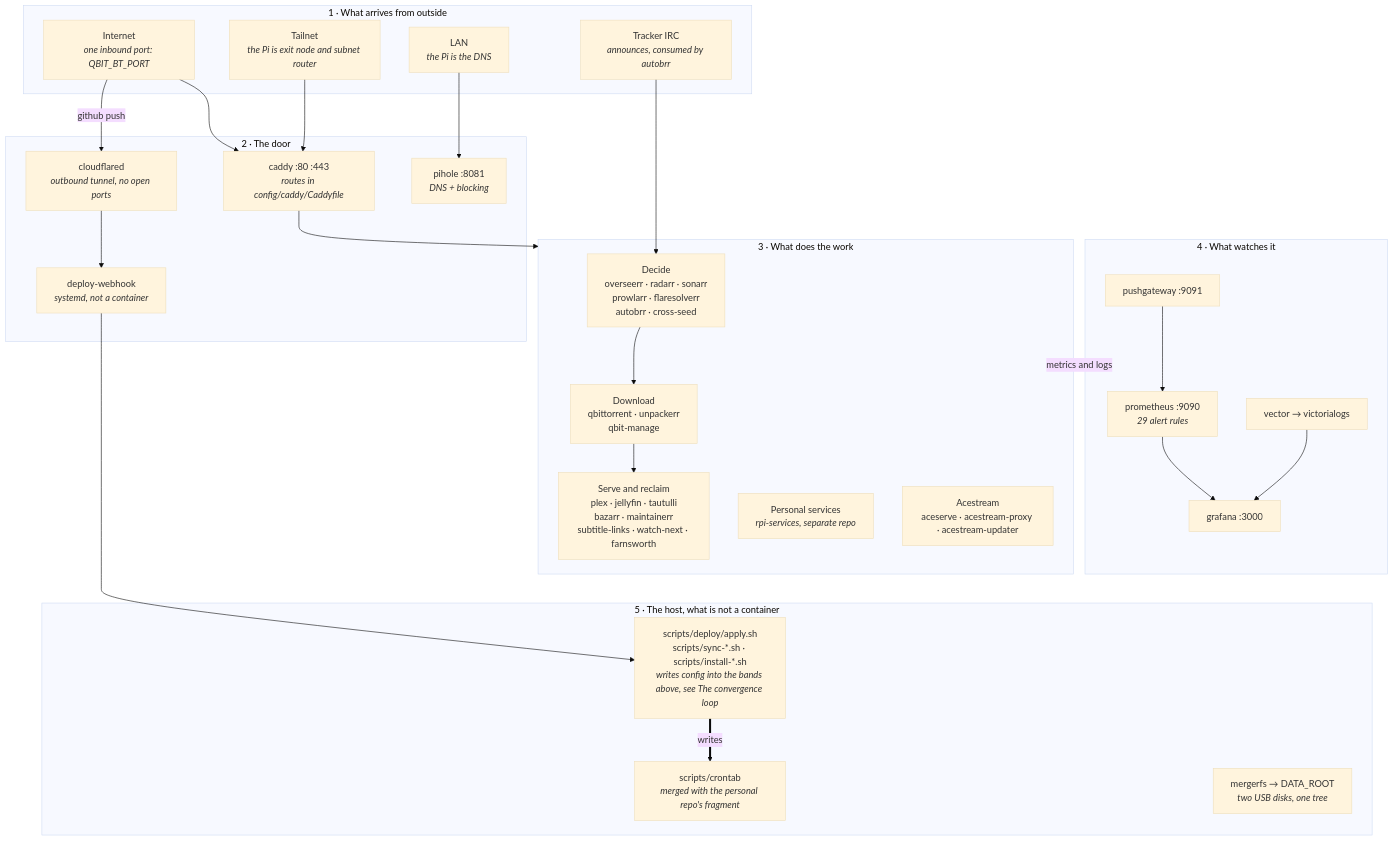
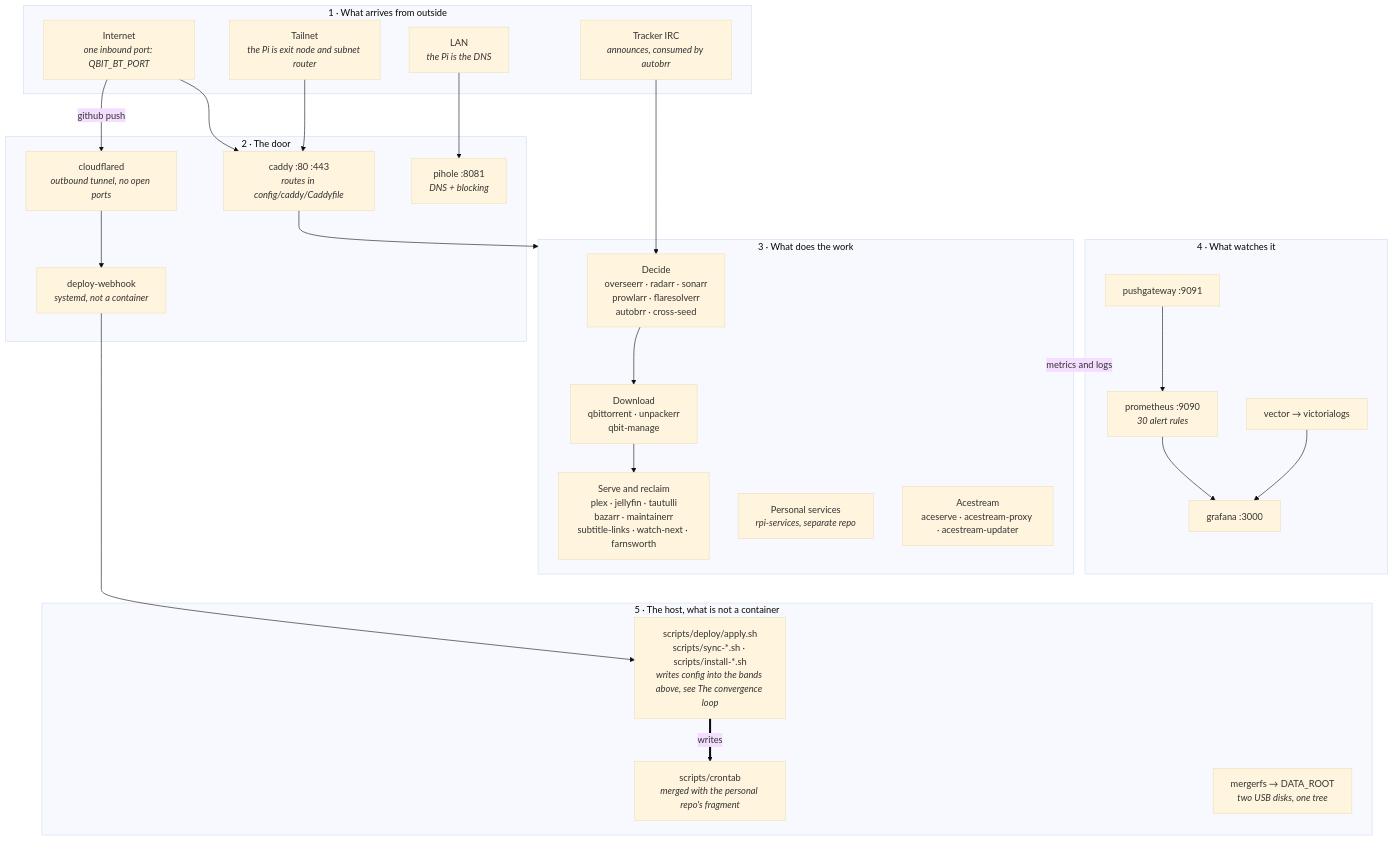
The first of 9 diagrams in docs/architecture.md (PlatanosVerdes/rpi-homeserver), drawn with Mermaid (base theme) before and after one commit. The commit also changed other lines of this file and 15 other files, not shown here.

````diff
--- a/docs/architecture.md
+++ b/docs/architecture.md
@@ -14,54 +14,54 @@
 ```mermaid
 flowchart TB
   subgraph OUT["1 · What arrives from outside"]
     NET["Internet<br/><i>one inbound port: QBIT_BT_PORT</i>"]
     TS["Tailnet<br/><i>the Pi is exit node and subnet router</i>"]
     LAN["LAN<br/><i>the Pi is the DNS</i>"]
     IRC["Tracker IRC<br/><i>announces, consumed by autobrr</i>"]
   end
 
   subgraph DOOR["2 · The door"]
     CADDY["caddy :80 :443<br/><i>routes in config/caddy/Caddyfile</i>"]
     CFD["cloudflared<br/><i>outbound tunnel, no open ports</i>"]
     PIHOLE["pihole :8081<br/><i>DNS + blocking</i>"]
     HOOK["deploy-webhook<br/><i>systemd, not a container</i>"]
   end
 
   subgraph WORK["3 · What does the work"]
     DECIDE["Decide<br/>overseerr · radarr · sonarr<br/>prowlarr · flaresolverr<br/>autobrr · cross-seed"]
     GET["Download<br/>qbittorrent · unpackerr<br/>qbit-manage"]
     SERVE["Serve and reclaim<br/>plex · jellyfin · tautulli<br/>bazarr · maintainerr<br/>subtitle-links · watch-next · farnsworth"]
     PERS["Personal services<br/><i>rpi-services, separate repo</i>"]
     ACE["Acestream<br/>aceserve · acestream-proxy · acestream-updater"]
   end
 
   subgraph OBS["4 · What watches it"]
-    PROM["prometheus :9090<br/><i>29 alert rules</i>"]
+    PROM["prometheus :9090<br/><i>30 alert rules</i>"]
     GRAF["grafana :3000"]
     PUSH["pushgateway :9091"]
     LOGS["vector → victorialogs"]
   end
 
   subgraph HOST["5 · The host, what is not a container"]
     APPLY["scripts/deploy/apply.sh<br/>scripts/sync-*.sh · scripts/install-*.sh<br/><i>writes config into the bands above, see The convergence loop</i>"]
     CRON["scripts/crontab<br/><i>merged with the personal repo's fragment</i>"]
     FS["mergerfs → DATA_ROOT<br/><i>two USB disks, one tree</i>"]
   end
 
   NET --> CADDY
   NET -->|github push| CFD
   TS --> CADDY
   LAN --> PIHOLE
   IRC --> DECIDE
   CFD --> HOOK
   CADDY --> WORK
   DECIDE --> GET --> SERVE
   WORK -. metrics and logs .-> OBS
   PUSH --> PROM --> GRAF
   LOGS --> GRAF
   HOOK --> APPLY
   APPLY ==>|writes| CRON
 
   %% every arrow points down, so the bands stack 1 to 5 in order
   GRAF ~~~ APPLY
 ```
````
